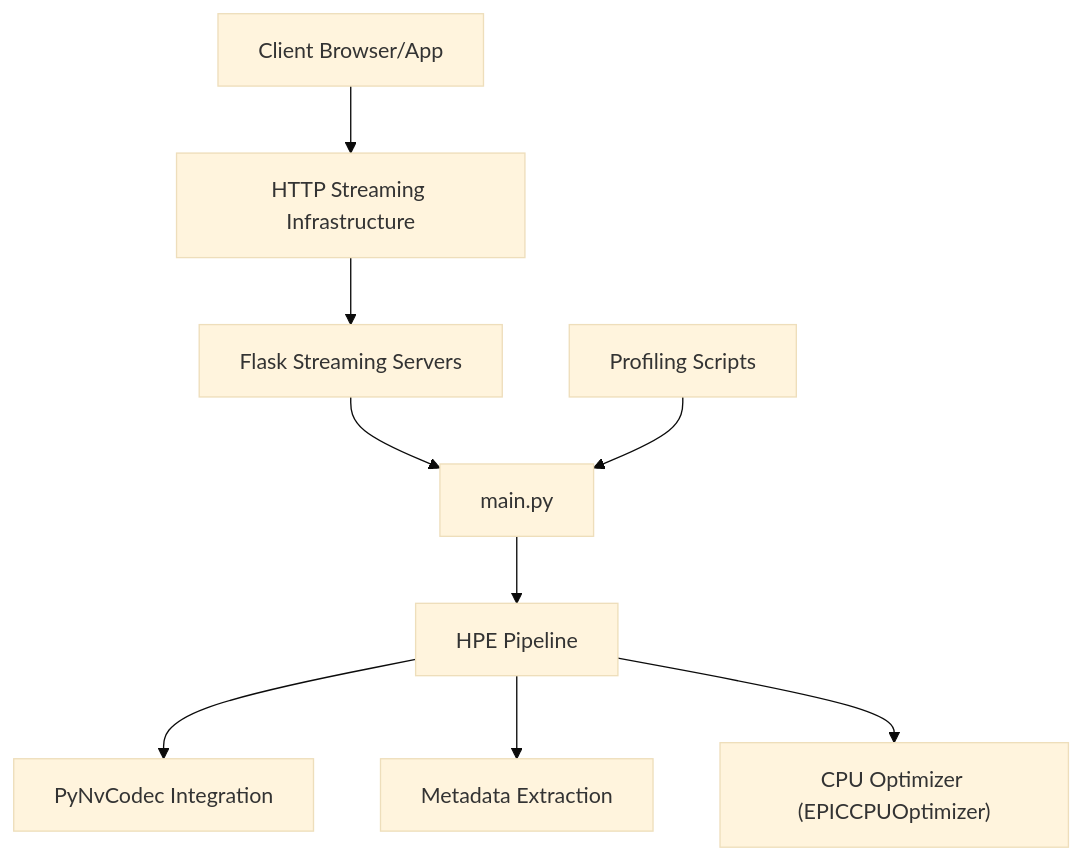
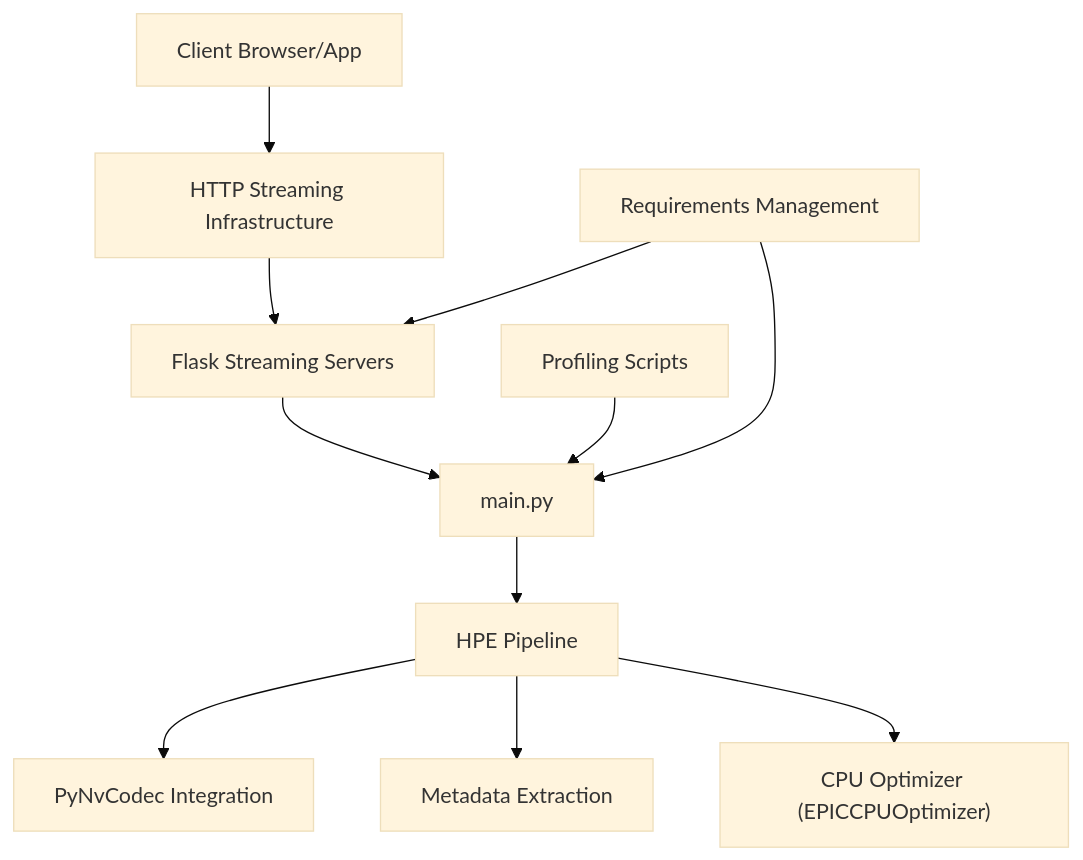
Before and after one commit to Fogus-Gr/MeasurementsDTs: the second of 10 diagrams in .qoder/repowiki/en/content/Development Tools/Development Tools.md, drawn with Mermaid (base theme). The commit also changed other lines of this file and 4 other files, not shown here.

````diff
--- a/.qoder/repowiki/en/content/Development Tools/Development Tools.md
+++ b/.qoder/repowiki/en/content/Development Tools/Development Tools.md
@@ -196,20 +218,23 @@
 ```mermaid
 graph TB
 Client["Client Browser/App"]
 HTTPStream["HTTP Streaming Infrastructure"]
 DevServers["Flask Streaming Servers"]
 Main["main.py"]
 HPE["HPE Pipeline"]
 PyNvCodec["PyNvCodec Integration"]
 Metadata["Metadata Extraction"]
 Optimizer["CPU Optimizer (EPICCPUOptimizer)"]
 Profilers["Profiling Scripts"]
+Requirements["Requirements Management"]
 Client --> HTTPStream
 HTTPStream --> DevServers
 DevServers --> Main
 Main --> HPE
 HPE --> PyNvCodec
 HPE --> Metadata
 HPE --> Optimizer
 Profilers --> Main
+Requirements --> Main
+Requirements --> DevServers
 ```
````
